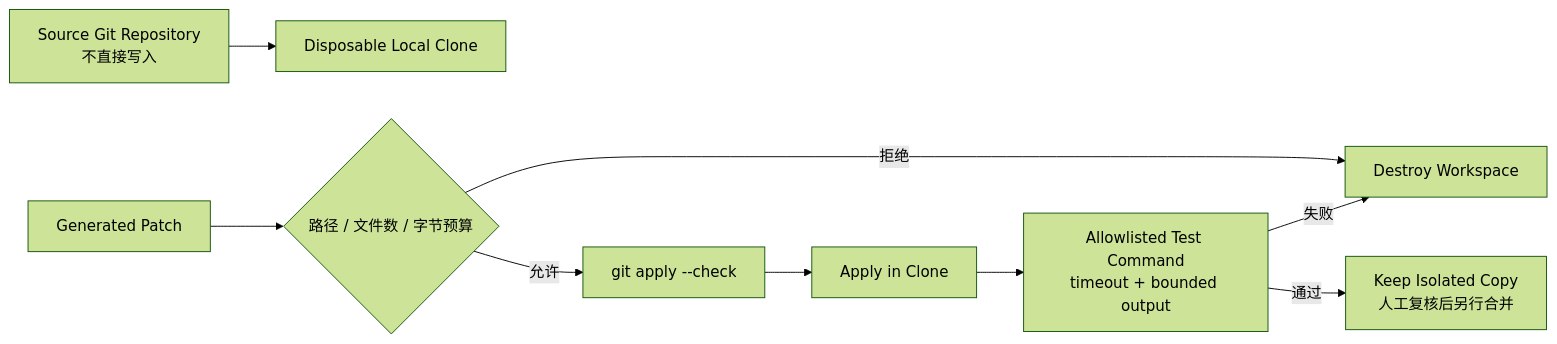
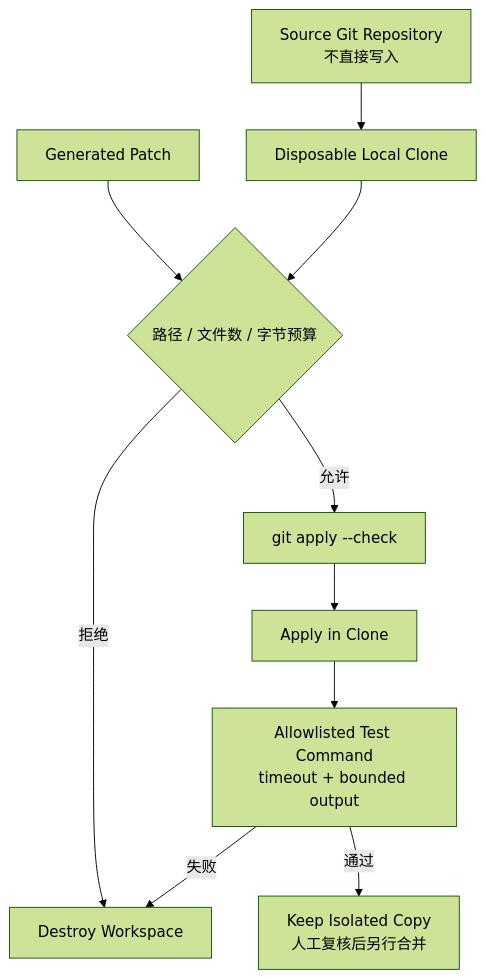
The fourth of 4 diagrams in projects/09-multi-agent-dev-team/README.md (wujinjun/ai-agent-book), drawn with Mermaid (forest theme) before and after one commit. The commit also changed 44 other files, not shown here.

Commit message:
docs: finalize publication diagrams and review evidence

````diff
--- a/projects/09-multi-agent-dev-team/README.md
+++ b/projects/09-multi-agent-dev-team/README.md
@@ -60,13 +60,14 @@
 ```mermaid
 %% id: project9-disposable-repository-workspace
 %% title: 一次性仓库工作区与失败回滚
 %% alt: 只读源仓库被本地克隆到一次性工作区，补丁先经过路径和大小策略及 git apply check，再运行白名单测试；失败销毁工作区，成功仅保留隔离副本供人工复核
-flowchart LR
+flowchart TD
     Source["Source Git Repository<br/>不直接写入"] --> Clone["Disposable Local Clone"]
     Patch["Generated Patch"] --> Policy{"路径 / 文件数 / 字节预算"}
+    Clone --> Policy
     Policy -->|拒绝| Destroy["Destroy Workspace"]
     Policy -->|允许| Check["git apply --check"] --> Apply["Apply in Clone"]
     Apply --> Test["Allowlisted Test Command<br/>timeout + bounded output"]
     Test -->|失败| Destroy
     Test -->|通过| Review["Keep Isolated Copy<br/>人工复核后另行合并"]
 ```
````
